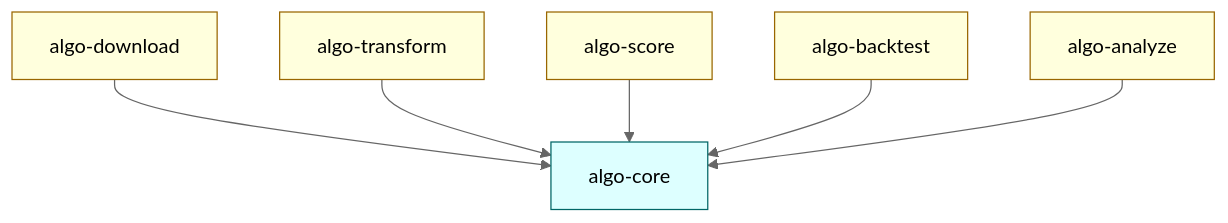
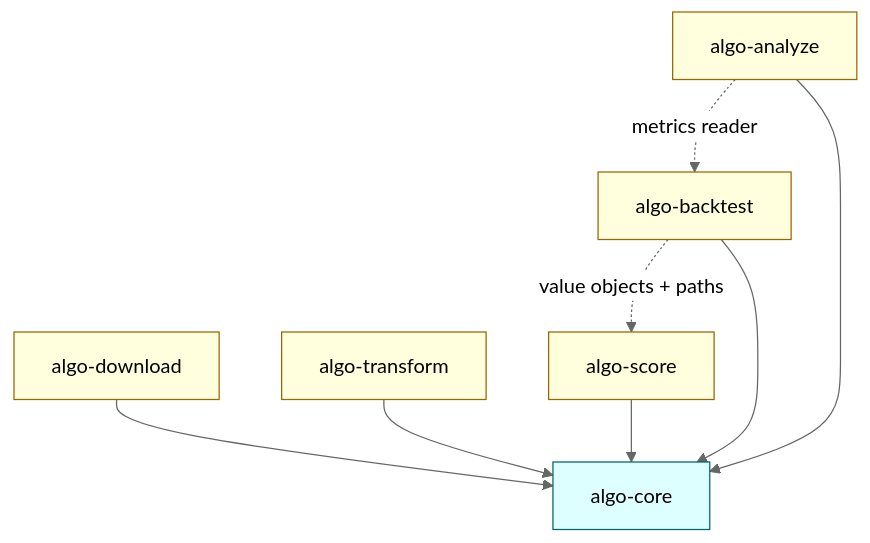
One commit to wbsouza/mba-icmc changed the second of 5 diagrams in algo-suite/docs/algo-suite-design.md. Above: the diagram before and after it, drawn with Mermaid (neutral theme). The commit also changed other lines of this file and 43 other files, not shown here.

First line of the commit message:
docs: reconcile stories, tech debt, specs, architecture and thesis with the code

````diff
--- a/algo-suite/docs/algo-suite-design.md
+++ b/algo-suite/docs/algo-suite-design.md
@@ -307,13 +318,15 @@
 ```mermaid
 graph TD
     DL[algo-download] --> CORE[algo-core]
     TR[algo-transform] --> CORE
     SC[algo-score] --> CORE
     BT[algo-backtest] --> CORE
     AN[algo-analyze] --> CORE
+    BT -. value objects + paths .-> SC
+    AN -. metrics reader .-> BT
 
     classDef lib fill:#dff,stroke:#066
     classDef tool fill:#ffd,stroke:#960
     class CORE lib
     class DL,TR,SC,BT,AN tool
 ```
````
